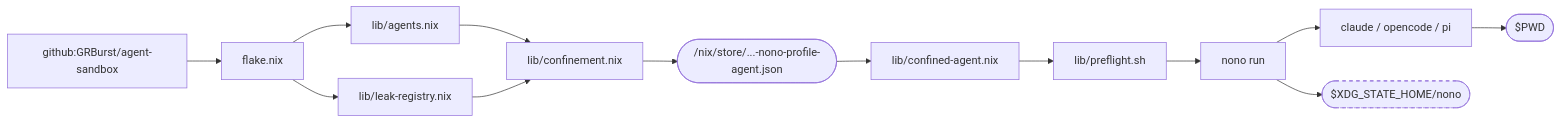
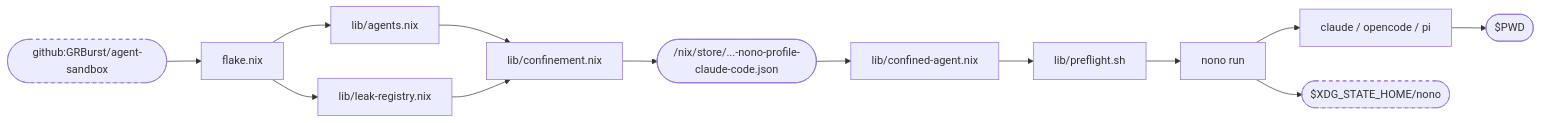
The first of 5 diagrams in README.md (GRBurst/agent-sandbox), drawn with Mermaid before and after one commit. The commit also changed other lines of this file and 15 other files, not shown here.

````diff
--- a/README.md
+++ b/README.md
@@ -46,31 +55,31 @@
 ```mermaid
 flowchart LR
-    ref["github:GRBurst/agent-sandbox"]
+    ref(["github:GRBurst/agent-sandbox"])
     flake["flake.nix"]
     table["lib/agents.nix"]
     registry["lib/leak-registry.nix"]
     generator["lib/confinement.nix"]
-    description(["/nix/store/...-nono-profile-agent.json"])
+    description(["/nix/store/...-nono-profile-claude-code.json"])
     entry["lib/confined-agent.nix"]
     preflight["lib/preflight.sh"]
     mechanism["nono run"]
     agent["claude / opencode / pi"]
+    state(["$XDG_STATE_HOME/nono"])
     project(["$PWD"])
-    state(["$XDG_STATE_HOME/nono"])
 
     ref --> flake
     flake --> table
     flake --> registry
     table --> generator
     registry --> generator
     generator --> description
     description --> entry
     entry --> preflight
     preflight --> mechanism
     mechanism --> agent
     agent --> project
     mechanism --> state
 
     classDef outside stroke-dasharray: 5 5
-    class state outside
+    class ref,state outside
 ```
````
